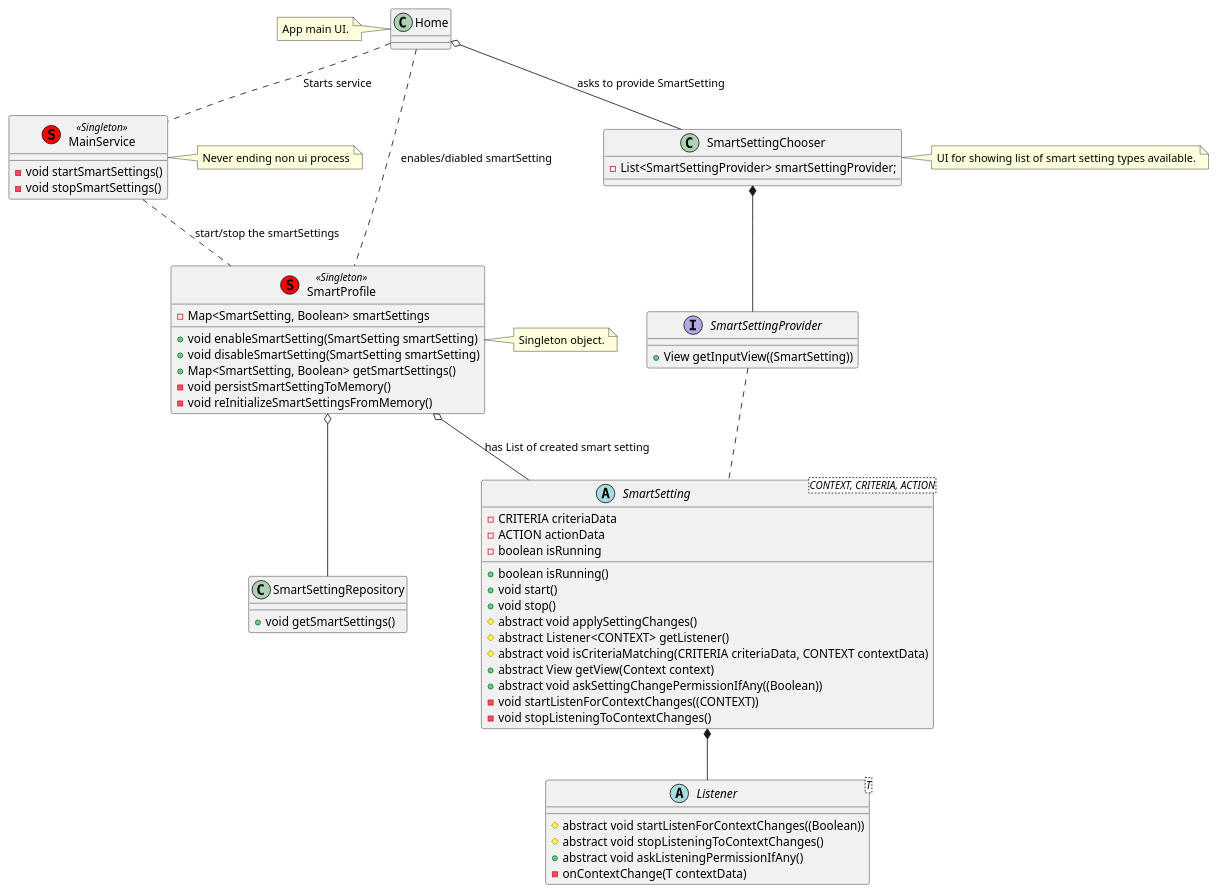
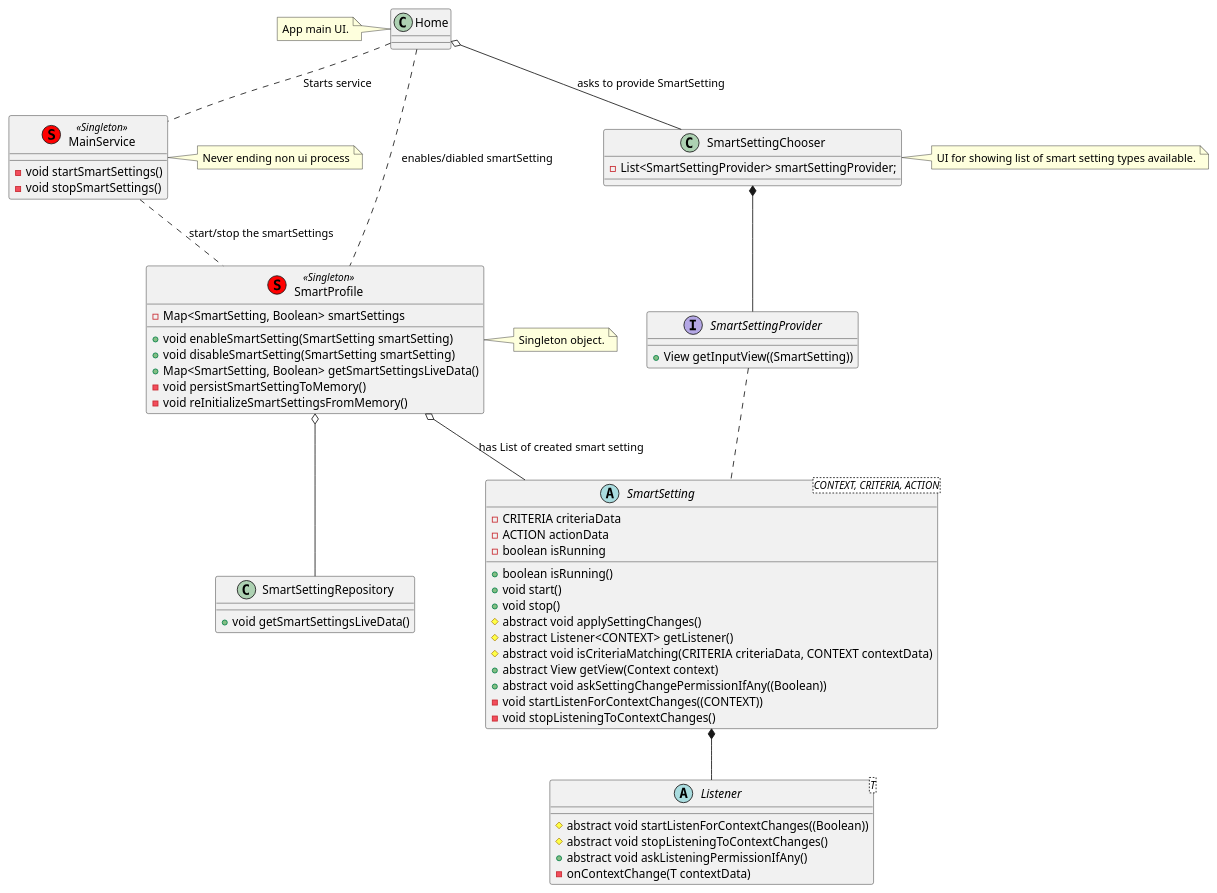
Before and after one commit to praslnx8/SmartSettings: the diagram in MDD/class_diagram.puml, drawn with PlantUML. The commit also changed 21 other files, not shown here.

Commit message:
Decoupled view from SmartSetting Model

```diff
--- a/MDD/class_diagram.puml
+++ b/MDD/class_diagram.puml
@@ -1,92 +1,92 @@
 @startuml
 
 
 abstract class SmartSetting<CONTEXT, CRITERIA, ACTION> {
     - CRITERIA criteriaData
     - ACTION actionData
     - boolean isRunning
     + boolean isRunning()
     + void start()
     + void stop()
     # abstract void applySettingChanges()
     # abstract Listener<CONTEXT> getListener()
     # abstract void isCriteriaMatching(CRITERIA criteriaData, CONTEXT contextData)
     + abstract View getView(Context context)
     + abstract void askSettingChangePermissionIfAny((Boolean))
     - void startListenForContextChanges((CONTEXT))
     - void stopListeningToContextChanges()
 }
 
 abstract class Listener<T> {
     # abstract void startListenForContextChanges((Boolean))
     # abstract void stopListeningToContextChanges()
     + abstract void askListeningPermissionIfAny()
     - onContextChange(T contextData)
 }
 
 SmartSetting *-- Listener
 
 
 interface SmartSettingProvider {
     + View getInputView((SmartSetting))
 }
 
 SmartSettingProvider .. SmartSetting
 
 class SmartProfile <<(S,red) Singleton>> {
     - Map<SmartSetting, Boolean> smartSettings
     + void enableSmartSetting(SmartSetting smartSetting)
     + void disableSmartSetting(SmartSetting smartSetting)
-    + Map<SmartSetting, Boolean> getSmartSettings()
+    + Map<SmartSetting, Boolean> getSmartSettingsLiveData()
     - void persistSmartSettingToMemory()
     - void reInitializeSmartSettingsFromMemory()
 }
 
 note right of SmartProfile
 Singleton object.
 end note
 
 SmartProfile o-- SmartSetting : has List of created smart setting
 
 class SmartSettingChooser {
     - List<SmartSettingProvider> smartSettingProvider;
 }
 
 note right of SmartSettingChooser
 UI for showing list of smart setting types available.
 end note
 
 SmartSettingChooser *-- SmartSettingProvider
 
 
 class Home {
 
 }
 
 note left of Home {
     App main UI.
 }
 
 Home .. SmartProfile : enables/diabled smartSetting
 Home o-- SmartSettingChooser : asks to provide SmartSetting
 
 class MainService<<(S,red) Singleton>> {
     - void startSmartSettings()
     - void stopSmartSettings()
 }
 
 note left of MainService
 Never ending non ui process
 end note
 
 MainService .. SmartProfile : start/stop the smartSettings
 
 Home .. MainService : Starts service
 
 class SmartSettingRepository {
-    + void getSmartSettings()
+    + void getSmartSettingsLiveData()
 }
 
 SmartProfile o-- SmartSettingRepository
 
 @enduml
```
